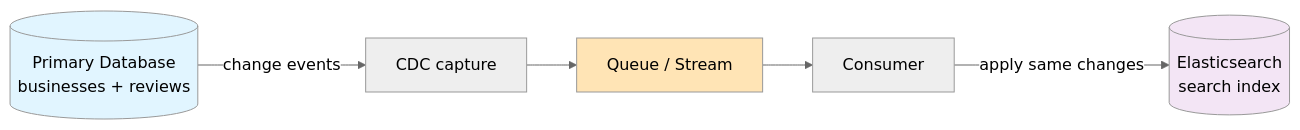
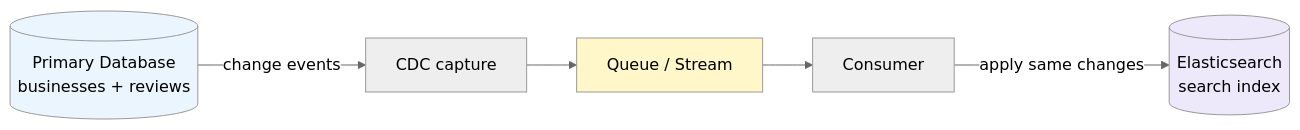
The third of 3 diagrams in LLD/SystemDesign/ProblemBreakdowns/Yelp.md (cartmancodes/InterviewVault), drawn with Mermaid (neutral theme) before and after one commit. The commit also changed other lines of this file and 679 other files, not shown here.

Commit message:
Unify content diagrams and add accessible visual walkthroughs

````diff
--- a/LLD/SystemDesign/ProblemBreakdowns/Yelp.md
+++ b/LLD/SystemDesign/ProblemBreakdowns/Yelp.md
@@ -422,11 +422,11 @@
 ```mermaid
 graph LR
     DB[("Primary Database<br/>businesses + reviews")] -->|"change events"| CDC["CDC capture"]
     CDC --> Q["Queue / Stream"]
     Q --> CO["Consumer"]
     CO -->|"apply same changes"| ES[("Elasticsearch<br/>search index")]
 
-    style DB fill:#e1f5ff
-    style Q fill:#FFE4B5
-    style ES fill:#f3e5f5
+    style DB fill:#EAF5FD
+    style Q fill:#FFF6C9
+    style ES fill:#EDE8FA
 ```
````
